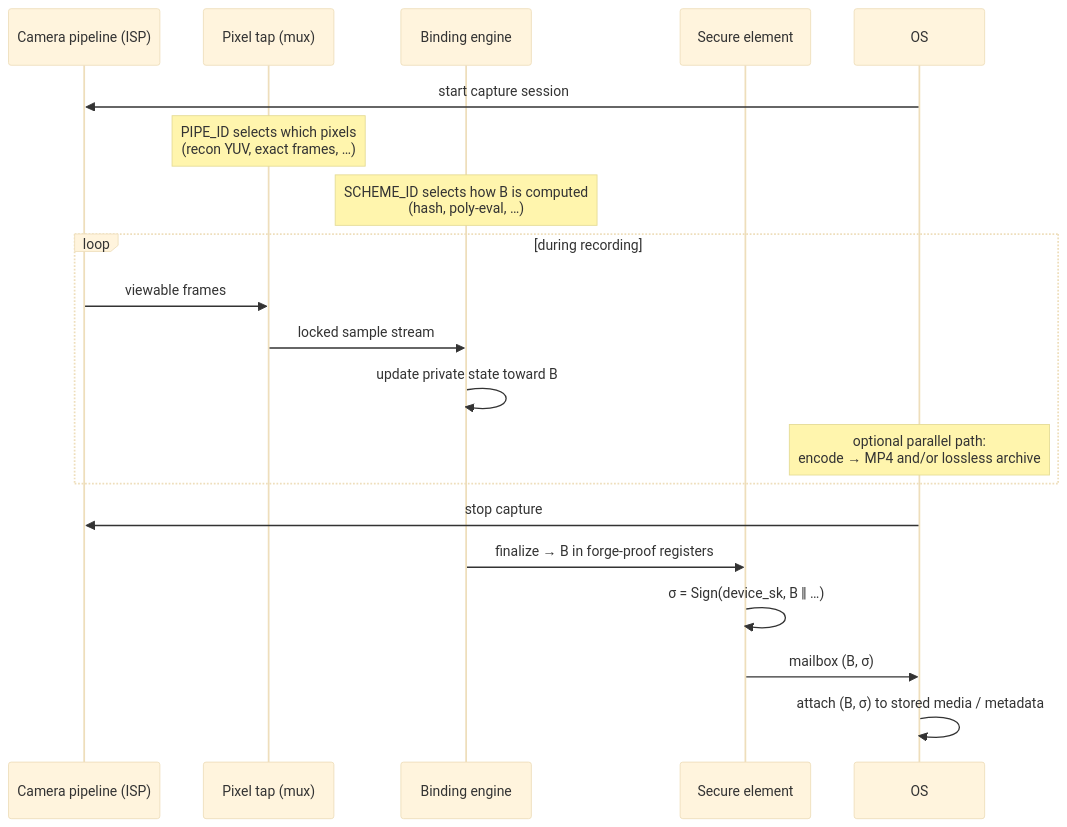
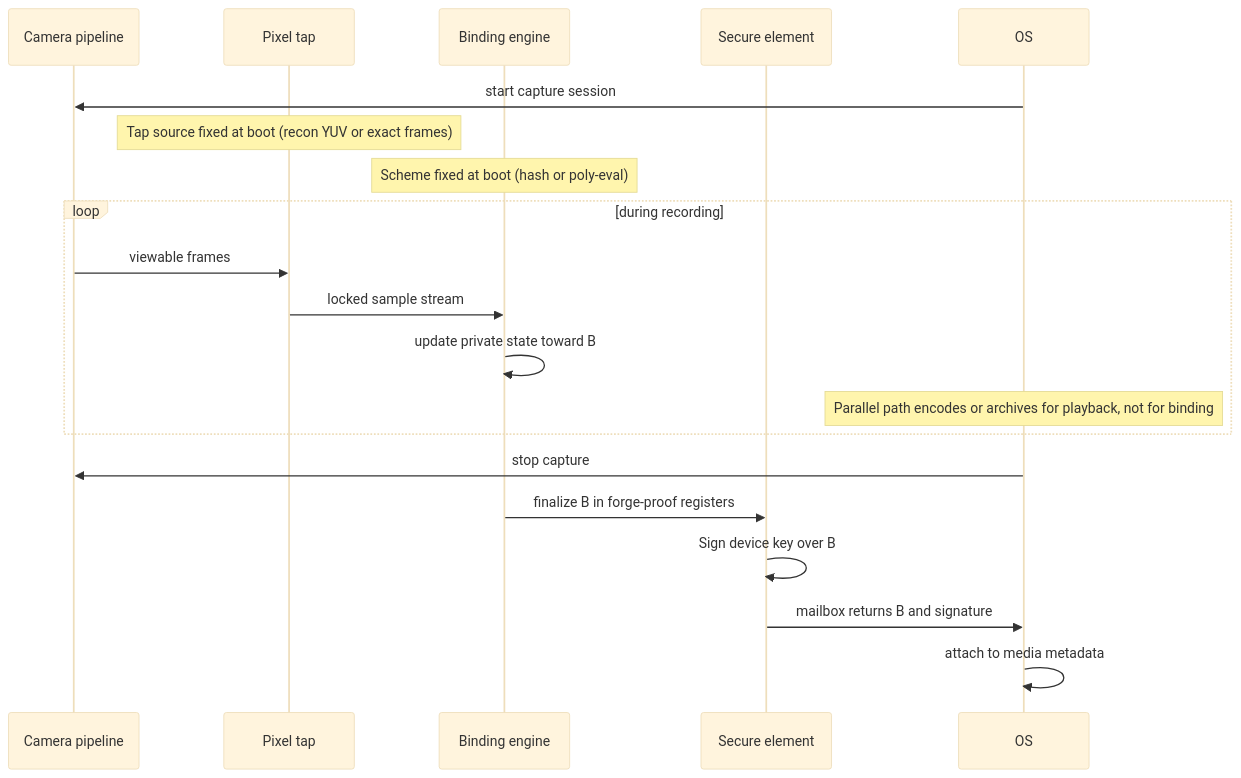
The first of 4 diagrams in docs/hardware-partner-requirements-for-proving.md (fightfake-ai/fightfake-toolkit), drawn with Mermaid (base theme) before and after one commit. The commit also changed other lines of this file, not shown here.

First line of the commit message:
Fix Mermaid diagrams for GitHub rendering.

````diff
--- a/docs/hardware-partner-requirements-for-proving.md
+++ b/docs/hardware-partner-requirements-for-proving.md
@@ -41,25 +41,25 @@
 ```mermaid
 sequenceDiagram
-    participant Cam as Camera pipeline (ISP)
-    participant Tap as Pixel tap (mux)
+    participant Cam as Camera pipeline
+    participant Tap as Pixel tap
     participant Bind as Binding engine
     participant SE as Secure element
     participant OS
 
     OS->>Cam: start capture session
-    Note over Tap: PIPE_ID selects which pixels<br/>(recon YUV, exact frames, …)
-    Note over Bind: SCHEME_ID selects how B is computed<br/>(hash, poly-eval, …)
+    Note over Tap: Tap source fixed at boot (recon YUV or exact frames)
+    Note over Bind: Scheme fixed at boot (hash or poly-eval)
 
     loop during recording
         Cam->>Tap: viewable frames
         Tap->>Bind: locked sample stream
         Bind->>Bind: update private state toward B
-        Note over OS: optional parallel path:<br/>encode → MP4 and/or lossless archive
+        Note over OS: Parallel path encodes or archives for playback, not for binding
     end
 
     OS->>Cam: stop capture
-    Bind->>SE: finalize → B in forge-proof registers
-    SE->>SE: σ = Sign(device_sk, B ‖ …)
-    SE->>OS: mailbox (B, σ)
-    OS->>OS: attach (B, σ) to stored media / metadata
+    Bind->>SE: finalize B in forge-proof registers
+    SE->>SE: Sign device key over B
+    SE->>OS: mailbox returns B and signature
+    OS->>OS: attach to media metadata
 ```
````
